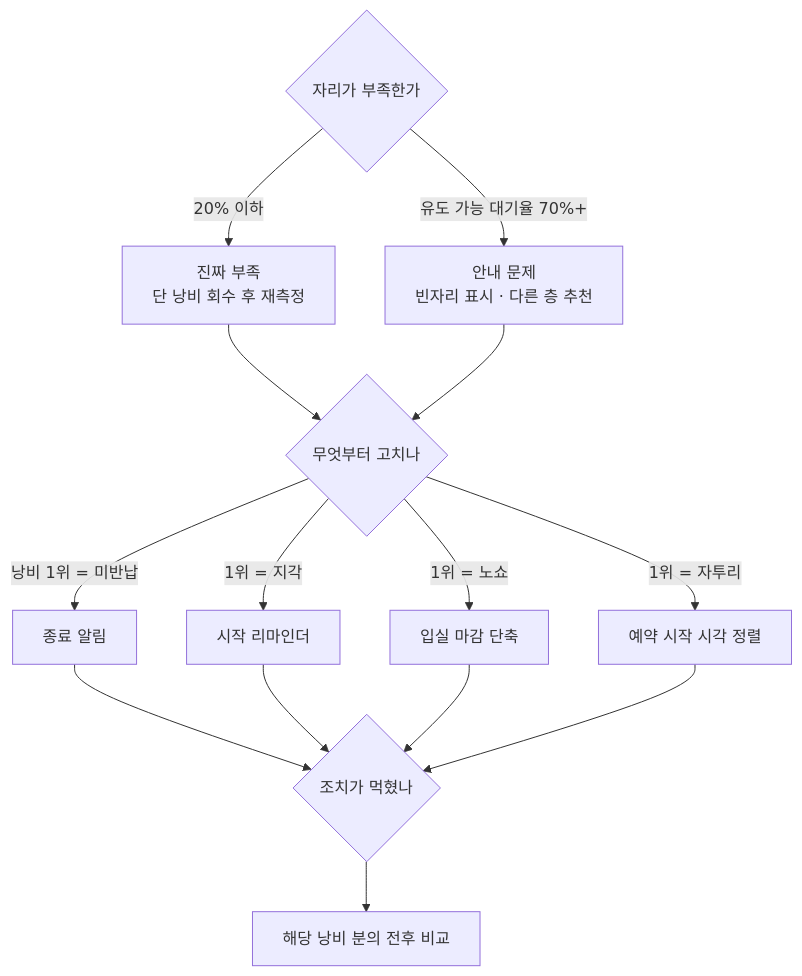
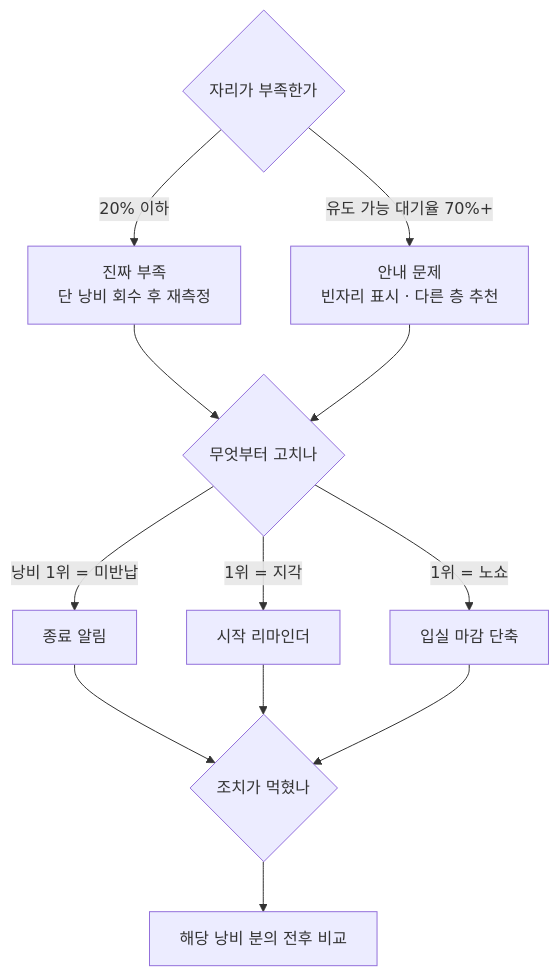
Before and after one commit to dasoldasol/dasoldasol.github.io: the third of 4 diagrams in _posts/2026-09-18-shared-resource-utilization-metrics.md, drawn with Mermaid. The commit also changed other lines of this file, not shown here.

Commit message:
post: 자투리 지표를 낭비에서 분리한 이유 추가

````diff
--- a/_posts/2026-09-18-shared-resource-utilization-metrics.md
+++ b/_posts/2026-09-18-shared-resource-utilization-metrics.md
@@ -399,21 +450,19 @@
 ```mermaid
 flowchart TB
     Q1{"자리가 부족한가"}
     Q1 -->|"유도 가능 대기율 70%+"| A1["안내 문제<br/>빈자리 표시 · 다른 층 추천"]
     Q1 -->|"20% 이하"| A2["진짜 부족<br/>단 낭비 회수 후 재측정"]
     A2 --> Q2
     A1 --> Q2
 
     Q2{"무엇부터 고치나"}
     Q2 -->|"낭비 1위 = 미반납"| B1["종료 알림"]
     Q2 -->|"1위 = 지각"| B2["시작 리마인더"]
     Q2 -->|"1위 = 노쇼"| B3["입실 마감 단축"]
-    Q2 -->|"1위 = 자투리"| B4["예약 시작 시각 정렬"]
 
     B1 --> Q3
     B2 --> Q3
     B3 --> Q3
-    B4 --> Q3
     Q3{"조치가 먹혔나"}
     Q3 --> C1["해당 낭비 분의 전후 비교"]
 ```
````
